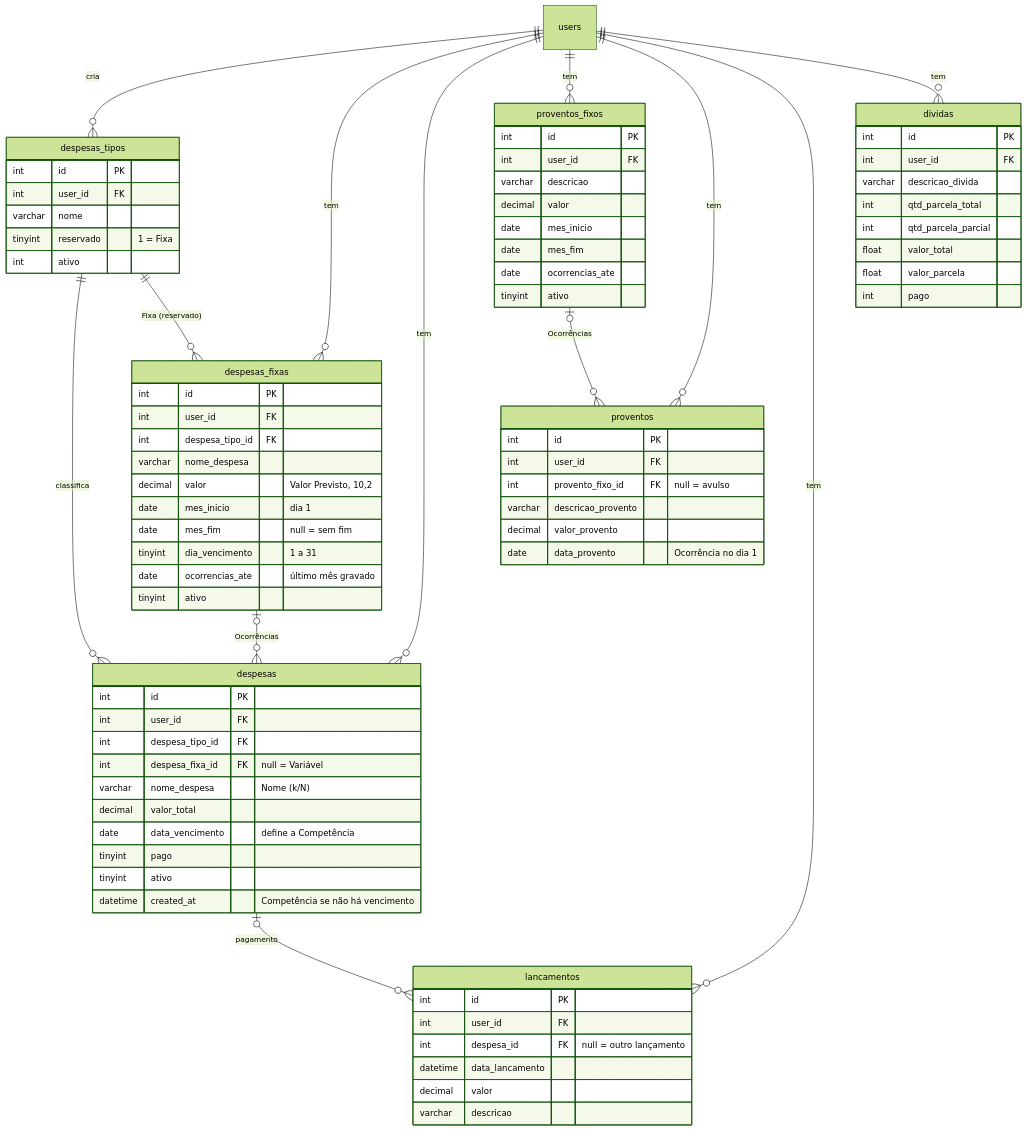
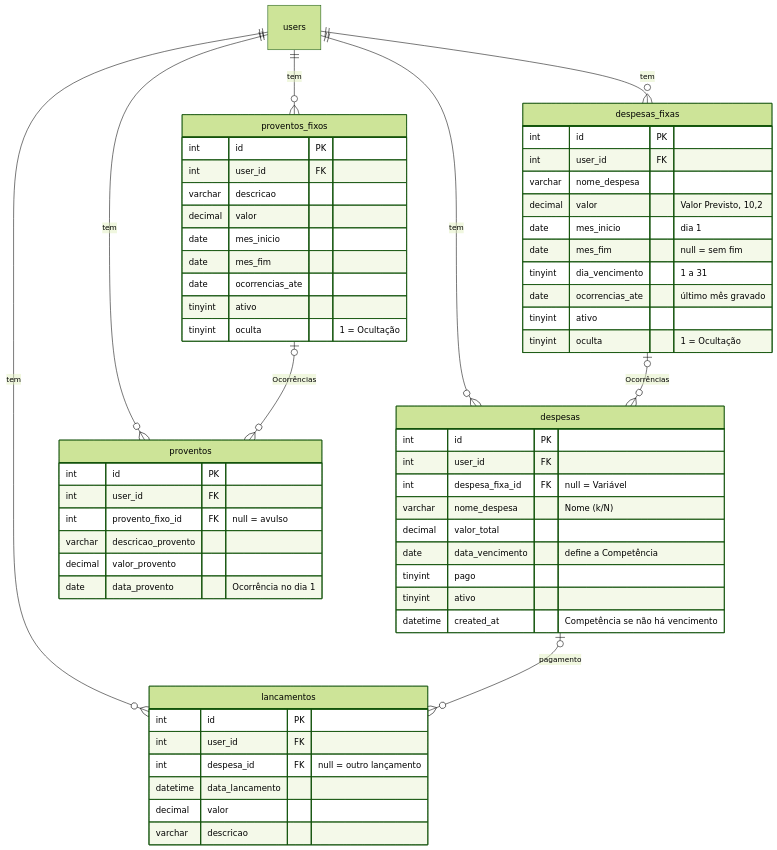
One commit to JefersonConceicao/jefin_finances changed the third of 9 diagrams in docs/arquitetura.md. Above: the diagram before and after it, drawn with Mermaid (forest theme). The commit also changed other lines of this file and 1 other file, not shown here.

Commit message:
docs: guia do usuário e especificação técnica com menu novo, fim dos Tipos, Ocultação, exclusão de fixa, Alertas, Datas Comemorativas e dark mode

````diff
--- a/docs/arquitetura.md
+++ b/docs/arquitetura.md
@@ -44,14 +46,10 @@
 ```mermaid
 erDiagram
-  users ||--o{ despesas_tipos : "cria"
   users ||--o{ despesas_fixas : "tem"
   users ||--o{ despesas : "tem"
   users ||--o{ proventos_fixos : "tem"
   users ||--o{ proventos : "tem"
   users ||--o{ lancamentos : "tem"
-  users ||--o{ dividas : "tem"
-  despesas_tipos ||--o{ despesas : "classifica"
-  despesas_tipos ||--o{ despesas_fixas : "Fixa (reservado)"
   despesas_fixas |o--o{ despesas : "Ocorrências"
   proventos_fixos |o--o{ proventos : "Ocorrências"
   despesas |o--o{ lancamentos : "pagamento"
@@ -59,7 +57,6 @@
   despesas_fixas {
     int id PK
     int user_id FK
-    int despesa_tipo_id FK
     varchar nome_despesa
     decimal valor "Valor Previsto, 10,2"
     date mes_inicio "dia 1"
@@ -67,11 +64,11 @@
     tinyint dia_vencimento "1 a 31"
     date ocorrencias_ate "último mês gravado"
     tinyint ativo
+    tinyint oculta "1 = Ocultação"
   }
   despesas {
     int id PK
     int user_id FK
-    int despesa_tipo_id FK
     int despesa_fixa_id FK "null = Variável"
     varchar nome_despesa "Nome (k/N)"
     decimal valor_total
@@ -89,6 +86,7 @@
     date mes_fim
     date ocorrencias_ate
     tinyint ativo
+    tinyint oculta "1 = Ocultação"
   }
   proventos {
     int id PK
@@ -106,21 +104,4 @@
     decimal valor
     varchar descricao
   }
-  despesas_tipos {
-    int id PK
-    int user_id FK
-    varchar nome
-    tinyint reservado "1 = Fixa"
-    int ativo
-  }
-  dividas {
-    int id PK
-    int user_id FK
-    varchar descricao_divida
-    int qtd_parcela_total
-    int qtd_parcela_parcial
-    float valor_total
-    float valor_parcela
-    int pago
-  }
 ```
````
